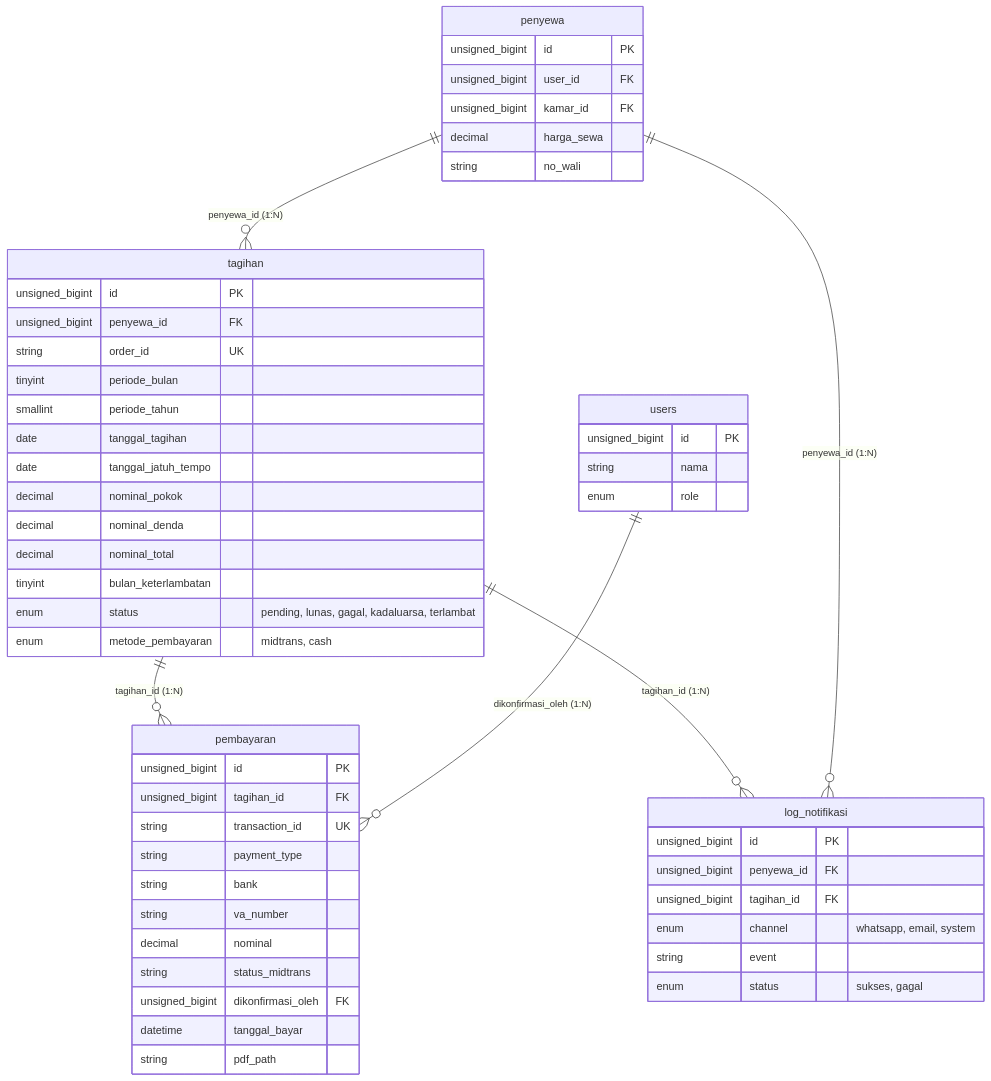
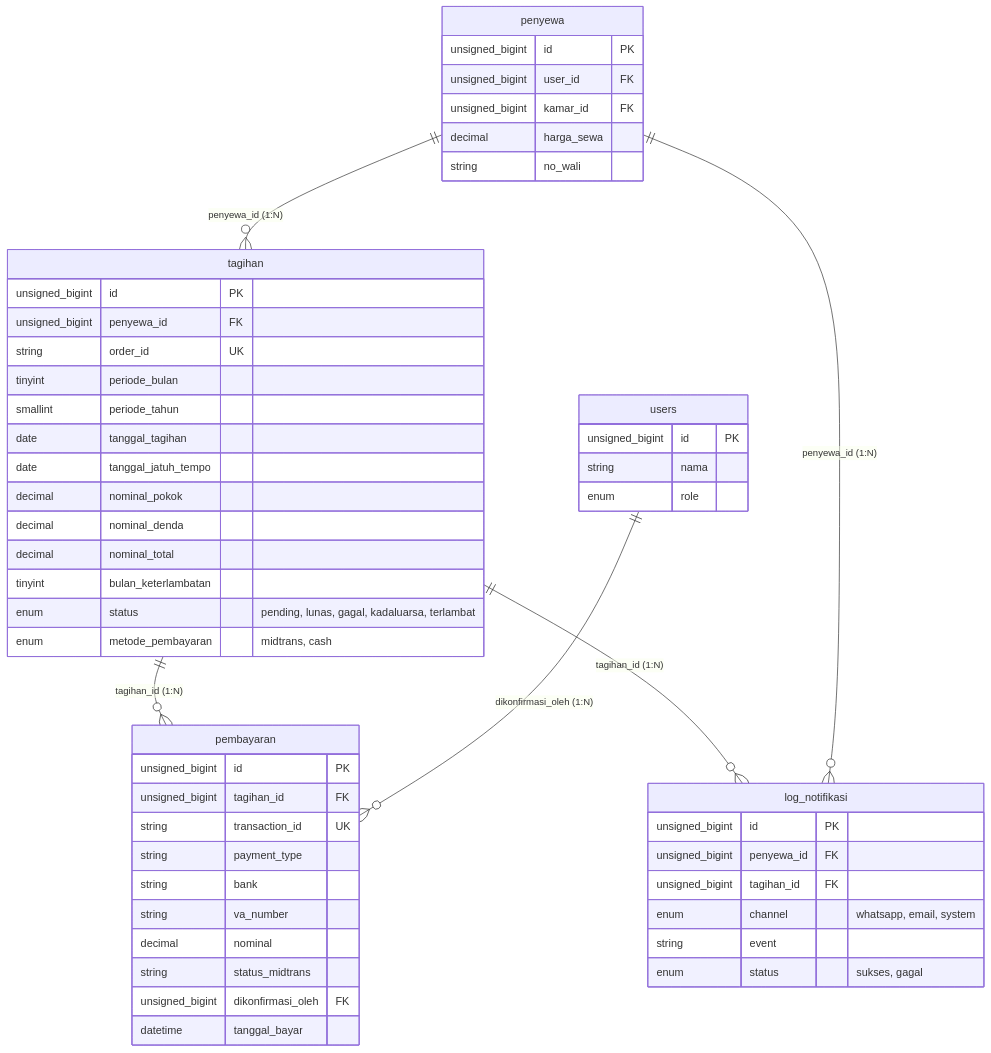
Before and after one commit to rafifarsyapradiva/asri-boarding-house: the diagram in Blueprint/erd/erd_relasi_billing_pembayaran.mmd, drawn with Mermaid. The commit also changed 35 other files, not shown here.

Commit message:
docs(erd): audit rekonstruksi struktur data, penyempurnaan visual & finalisasi mutlak ERD 22 entitas (v239.0)

```diff
--- a/Blueprint/erd/erd_relasi_billing_pembayaran.mmd
+++ b/Blueprint/erd/erd_relasi_billing_pembayaran.mmd
@@ -1,55 +1,54 @@
 erDiagram
     penyewa ||--o{ tagihan : "penyewa_id (1:N)"
     tagihan ||--o{ pembayaran : "tagihan_id (1:N)"
     users ||--o{ pembayaran : "dikonfirmasi_oleh (1:N)"
     tagihan ||--o{ log_notifikasi : "tagihan_id (1:N)"
     penyewa ||--o{ log_notifikasi : "penyewa_id (1:N)"
 
     penyewa {
         unsigned_bigint id PK
         unsigned_bigint user_id FK
         unsigned_bigint kamar_id FK
         decimal harga_sewa
         string no_wali
     }
     tagihan {
         unsigned_bigint id PK
         unsigned_bigint penyewa_id FK
         string order_id UK
         tinyint periode_bulan
         smallint periode_tahun
         date tanggal_tagihan
         date tanggal_jatuh_tempo
         decimal nominal_pokok
         decimal nominal_denda
         decimal nominal_total
         tinyint bulan_keterlambatan
         enum status "pending, lunas, gagal, kadaluarsa, terlambat"
         enum metode_pembayaran "midtrans, cash"
     }
     pembayaran {
         unsigned_bigint id PK
         unsigned_bigint tagihan_id FK
         string transaction_id UK
         string payment_type
         string bank
         string va_number
         decimal nominal
         string status_midtrans
         unsigned_bigint dikonfirmasi_oleh FK
         datetime tanggal_bayar
-        string pdf_path
     }
     log_notifikasi {
         unsigned_bigint id PK
         unsigned_bigint penyewa_id FK
         unsigned_bigint tagihan_id FK
         enum channel "whatsapp, email, system"
         string event
         enum status "sukses, gagal"
     }
     users {
         unsigned_bigint id PK
         string nama
         enum role
     }
```
